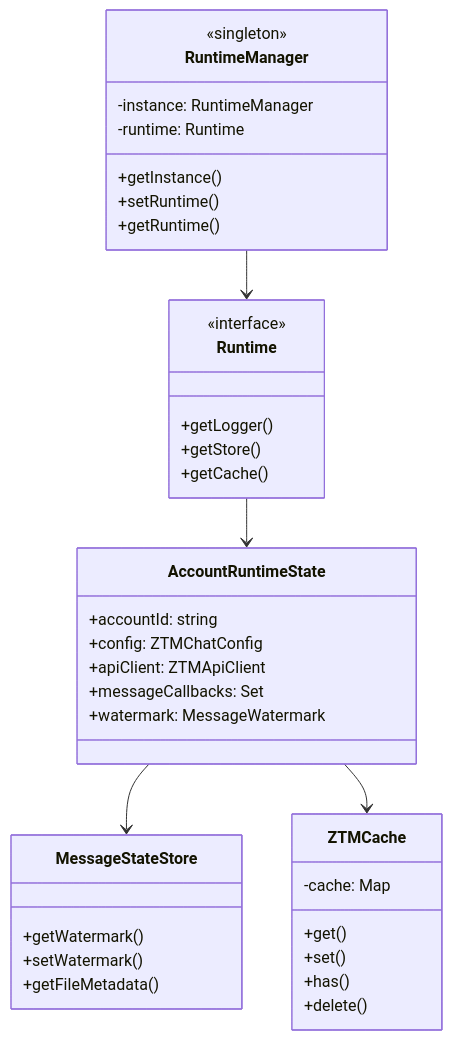
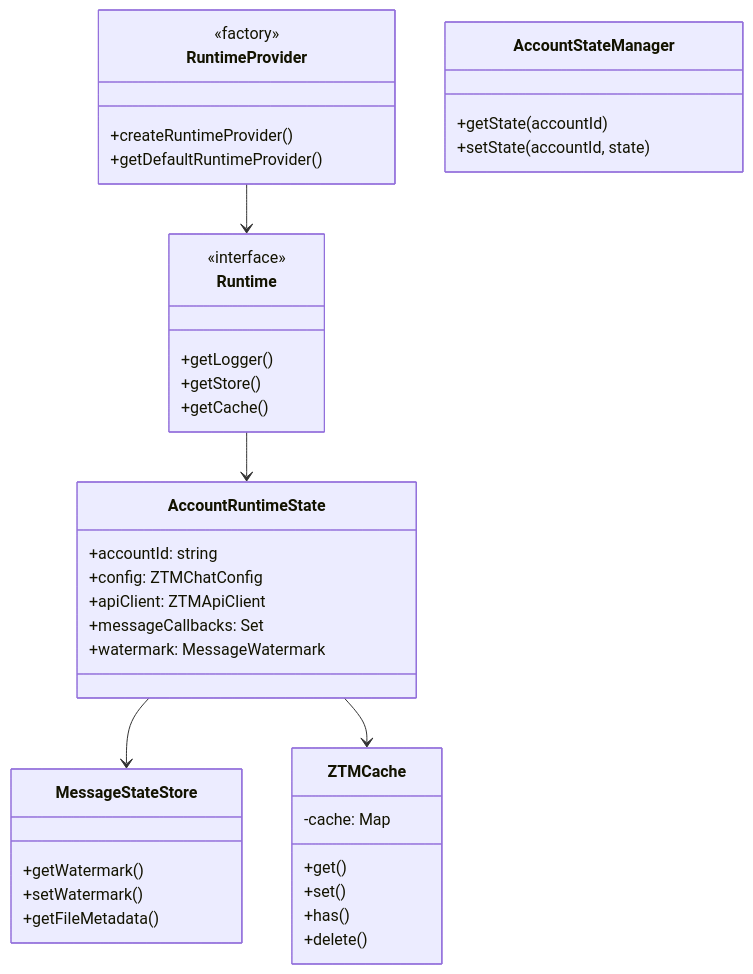
Before and after one commit to clawparty-ai/openclaw-channel-plugin-ztm: the third of 10 diagrams in docs/architecture.md, drawn with Mermaid. The commit also changed other lines of this file and 6 other files, not shown here.

First line of the commit message:
docs: optimize and reorganize architecture documentation

````diff
--- a/docs/architecture.md
+++ b/docs/architecture.md
@@ -250,45 +258,47 @@
 ```mermaid
 classDiagram
-    class RuntimeManager {
-        <<singleton>>
-        -instance: RuntimeManager
-        -runtime: Runtime
-        +getInstance()
-        +setRuntime()
-        +getRuntime()
+    class RuntimeProvider {
+        <<factory>>
+        +createRuntimeProvider()
+        +getDefaultRuntimeProvider()
+    }
+
+    class AccountStateManager {
+        +getState(accountId)
+        +setState(accountId, state)
     }
 
     class Runtime {
         <<interface>>
         +getLogger()
         +getStore()
         +getCache()
     }
 
     class AccountRuntimeState {
         +accountId: string
         +config: ZTMChatConfig
         +apiClient: ZTMApiClient
         +messageCallbacks: Set
         +watermark: MessageWatermark
     }
 
     class MessageStateStore {
         +getWatermark()
         +setWatermark()
         +getFileMetadata()
     }
 
     class ZTMCache {
         -cache: Map
         +get()
         +set()
         +has()
         +delete()
     }
 
-    RuntimeManager --> Runtime
+    RuntimeProvider --> Runtime
     Runtime --> AccountRuntimeState
     AccountRuntimeState --> MessageStateStore
     AccountRuntimeState --> ZTMCache
 ```
````
